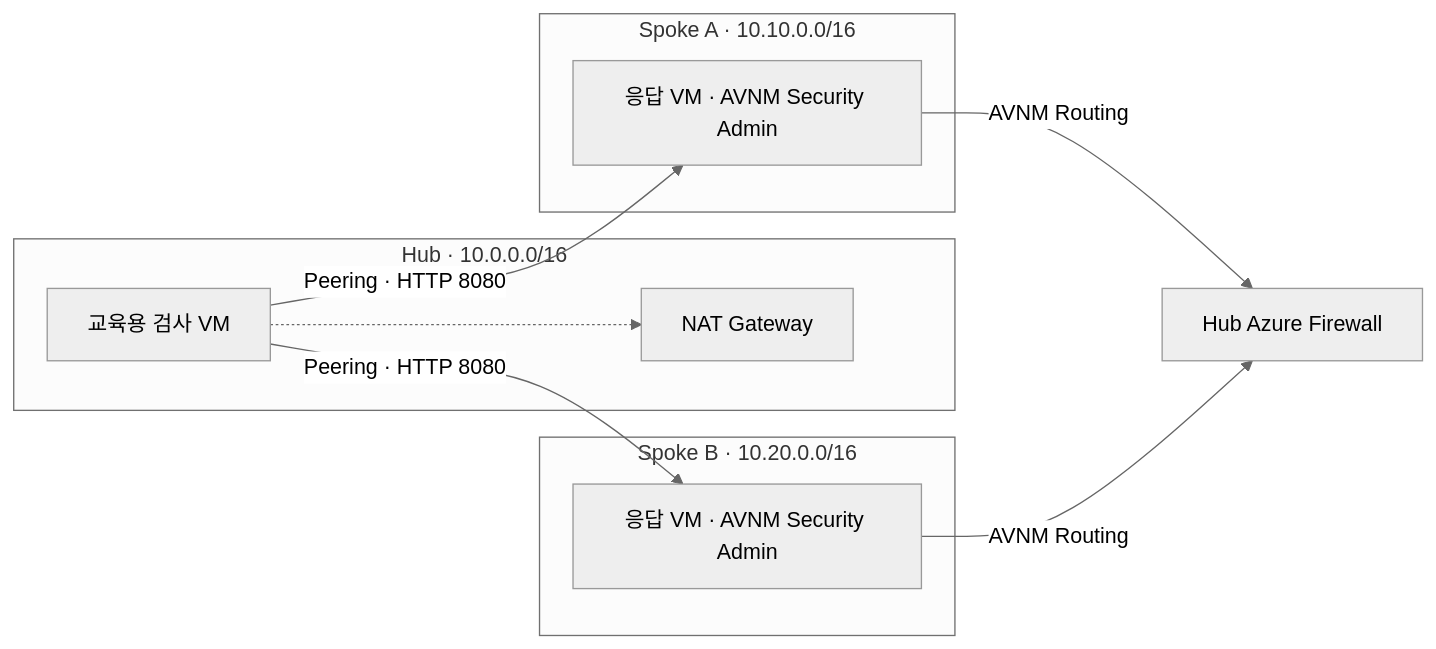
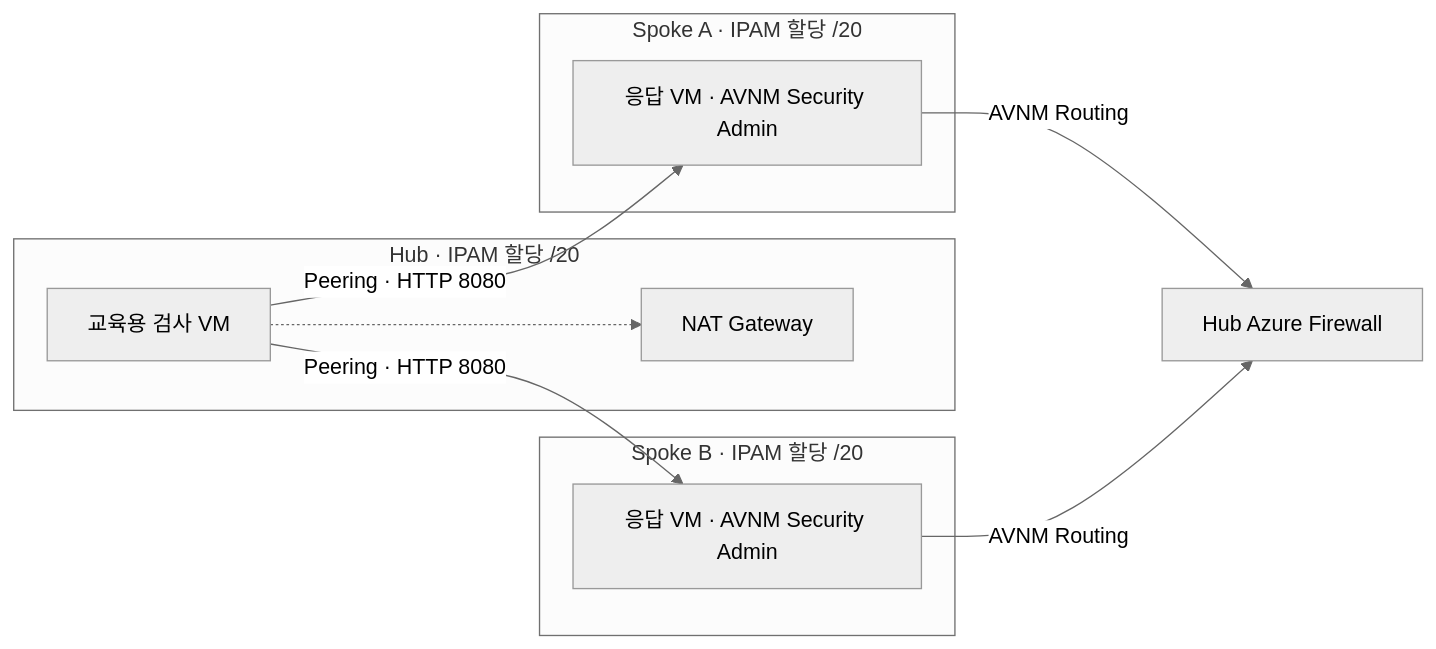
Before and after one commit to freeman9844/ms-landing-zone-02: the first of 2 diagrams in README.md, drawn with Mermaid (neutral theme). The commit also changed other lines of this file and 6 other files, not shown here.

````diff
--- a/README.md
+++ b/README.md
@@ -47,19 +47,19 @@
 ```mermaid
 flowchart LR
-  subgraph H["Hub · 10.0.0.0/16"]
+  subgraph H["Hub · IPAM 할당 /20"]
     HV["교육용 검사 VM"]
     HN["NAT Gateway"]
     HV -.-> HN
   end
-  subgraph A["Spoke A · 10.10.0.0/16"]
+  subgraph A["Spoke A · IPAM 할당 /20"]
     AV["응답 VM · AVNM Security Admin"]
   end
-  subgraph B["Spoke B · 10.20.0.0/16"]
+  subgraph B["Spoke B · IPAM 할당 /20"]
     BV["응답 VM · AVNM Security Admin"]
   end
   F["Hub Azure Firewall"]
   HV -->|"Peering · HTTP 8080"| AV
   HV -->|"Peering · HTTP 8080"| BV
   AV -->|"AVNM Routing"| F
   BV -->|"AVNM Routing"| F
 ```
````
